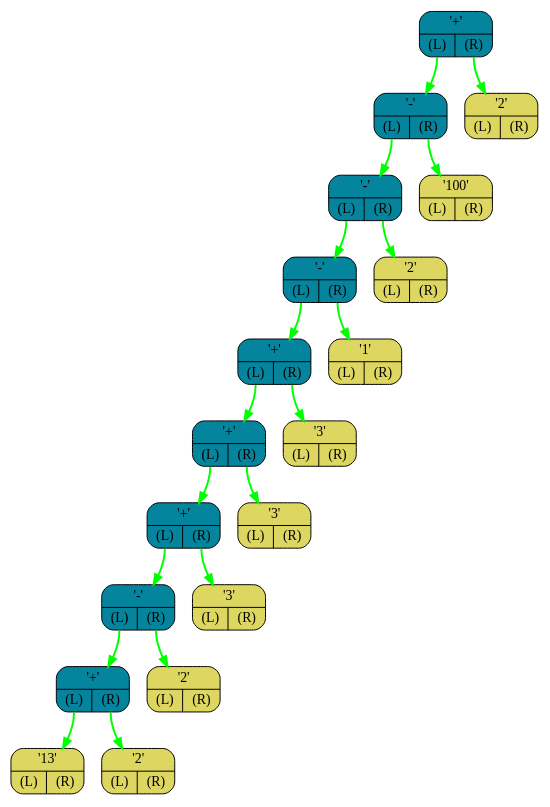
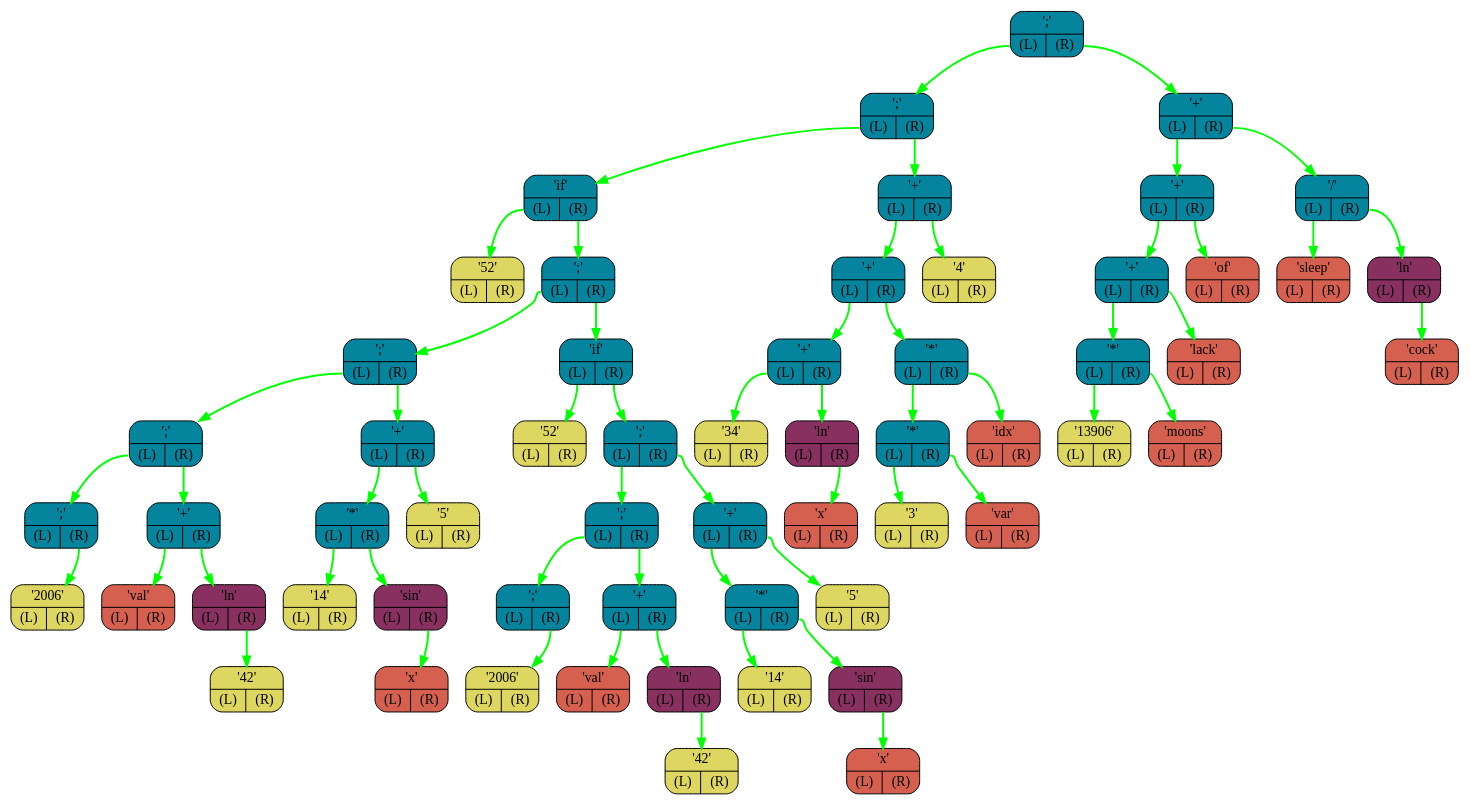
One commit to I1Va/OptimaLang changed the diagram in FrontEnd/logs/graph.dot. Above: the diagram before and after it, drawn with Graphviz. The commit also changed 24 other files, not shown here.

```diff
--- a/FrontEnd/logs/graph.dot
+++ b/FrontEnd/logs/graph.dot
@@ -1,40 +1,120 @@
 digraph G{
     rankdir=TB;
-    NODE0x7fff322189c8[shape="Mrecord",color="black",fillcolor="#04859D",style="filled",label="{'+' | {<L> (L)| <R> (R)}}"]
-    NODE0x7fff322189f0[shape="Mrecord",color="black",fillcolor="#04859D",style="filled",label="{'-' | {<L> (L)| <R> (R)}}"]
-    NODE0x7fff32218a18[shape="Mrecord",color="black",fillcolor="#04859D",style="filled",label="{'-' | {<L> (L)| <R> (R)}}"]
-    NODE0x7fff32218a40[shape="Mrecord",color="black",fillcolor="#04859D",style="filled",label="{'-' | {<L> (L)| <R> (R)}}"]
-    NODE0x7fff32218a68[shape="Mrecord",color="black",fillcolor="#04859D",style="filled",label="{'+' | {<L> (L)| <R> (R)}}"]
-    NODE0x7fff32218a90[shape="Mrecord",color="black",fillcolor="#04859D",style="filled",label="{'+' | {<L> (L)| <R> (R)}}"]
-    NODE0x7fff32218ab8[shape="Mrecord",color="black",fillcolor="#04859D",style="filled",label="{'+' | {<L> (L)| <R> (R)}}"]
-    NODE0x7fff32218ae0[shape="Mrecord",color="black",fillcolor="#04859D",style="filled",label="{'-' | {<L> (L)| <R> (R)}}"]
-    NODE0x7fff32218b08[shape="Mrecord",color="black",fillcolor="#04859D",style="filled",label="{'+' | {<L> (L)| <R> (R)}}"]
-    NODE0x7fff32218b30[shape="Mrecord",color="black",fillcolor="#ddd660",style="filled",label="{'13' | {<L> (L)| <R> (R)}}"]
-    NODE0x7fff32218b58[shape="Mrecord",color="black",fillcolor="#ddd660",style="filled",label="{'2' | {<L> (L)| <R> (R)}}"]
-    NODE0x7fff32218b80[shape="Mrecord",color="black",fillcolor="#ddd660",style="filled",label="{'2' | {<L> (L)| <R> (R)}}"]
-    NODE0x7fff32218ba8[shape="Mrecord",color="black",fillcolor="#ddd660",style="filled",label="{'3' | {<L> (L)| <R> (R)}}"]
-    NODE0x7fff32218bd0[shape="Mrecord",color="black",fillcolor="#ddd660",style="filled",label="{'3' | {<L> (L)| <R> (R)}}"]
-    NODE0x7fff32218bf8[shape="Mrecord",color="black",fillcolor="#ddd660",style="filled",label="{'3' | {<L> (L)| <R> (R)}}"]
-    NODE0x7fff32218c20[shape="Mrecord",color="black",fillcolor="#ddd660",style="filled",label="{'1' | {<L> (L)| <R> (R)}}"]
-    NODE0x7fff32218c48[shape="Mrecord",color="black",fillcolor="#ddd660",style="filled",label="{'2' | {<L> (L)| <R> (R)}}"]
-    NODE0x7fff32218c70[shape="Mrecord",color="black",fillcolor="#ddd660",style="filled",label="{'100' | {<L> (L)| <R> (R)}}"]
-    NODE0x7fff32218c98[shape="Mrecord",color="black",fillcolor="#ddd660",style="filled",label="{'2' | {<L> (L)| <R> (R)}}"]
-    NODE0x7fff32218b08:L-> NODE0x7fff32218b30 [color="#00FF00",penwidth=2,label=""]
-    NODE0x7fff32218b08:R-> NODE0x7fff32218b58 [color="#00FF00",penwidth=2,label=""]
-    NODE0x7fff32218ae0:L-> NODE0x7fff32218b08 [color="#00FF00",penwidth=2,label=""]
-    NODE0x7fff32218ae0:R-> NODE0x7fff32218b80 [color="#00FF00",penwidth=2,label=""]
-    NODE0x7fff32218ab8:L-> NODE0x7fff32218ae0 [color="#00FF00",penwidth=2,label=""]
-    NODE0x7fff32218ab8:R-> NODE0x7fff32218ba8 [color="#00FF00",penwidth=2,label=""]
-    NODE0x7fff32218a90:L-> NODE0x7fff32218ab8 [color="#00FF00",penwidth=2,label=""]
-    NODE0x7fff32218a90:R-> NODE0x7fff32218bd0 [color="#00FF00",penwidth=2,label=""]
-    NODE0x7fff32218a68:L-> NODE0x7fff32218a90 [color="#00FF00",penwidth=2,label=""]
-    NODE0x7fff32218a68:R-> NODE0x7fff32218bf8 [color="#00FF00",penwidth=2,label=""]
-    NODE0x7fff32218a40:L-> NODE0x7fff32218a68 [color="#00FF00",penwidth=2,label=""]
-    NODE0x7fff32218a40:R-> NODE0x7fff32218c20 [color="#00FF00",penwidth=2,label=""]
-    NODE0x7fff32218a18:L-> NODE0x7fff32218a40 [color="#00FF00",penwidth=2,label=""]
-    NODE0x7fff32218a18:R-> NODE0x7fff32218c48 [color="#00FF00",penwidth=2,label=""]
-    NODE0x7fff322189f0:L-> NODE0x7fff32218a18 [color="#00FF00",penwidth=2,label=""]
-    NODE0x7fff322189f0:R-> NODE0x7fff32218c70 [color="#00FF00",penwidth=2,label=""]
-    NODE0x7fff322189c8:L-> NODE0x7fff322189f0 [color="#00FF00",penwidth=2,label=""]
-    NODE0x7fff322189c8:R-> NODE0x7fff32218c98 [color="#00FF00",penwidth=2,label=""]
+    NODE0x7fff9ddb2eb8[shape="Mrecord",color="black",fillcolor="#04859D",style="filled",label="{';' | {<L> (L)| <R> (R)}}"]
+    NODE0x7fff9ddb2ee0[shape="Mrecord",color="black",fillcolor="#04859D",style="filled",label="{';' | {<L> (L)| <R> (R)}}"]
+    NODE0x7fff9ddb2f08[shape="Mrecord",color="black",fillcolor="#04859D",style="filled",label="{'if' | {<L> (L)| <R> (R)}}"]
+    NODE0x7fff9ddb2f30[shape="Mrecord",color="black",fillcolor="#ddd660",style="filled",label="{'52' | {<L> (L)| <R> (R)}}"]
+    NODE0x7fff9ddb2f58[shape="Mrecord",color="black",fillcolor="#04859D",style="filled",label="{';' | {<L> (L)| <R> (R)}}"]
+    NODE0x7fff9ddb2f80[shape="Mrecord",color="black",fillcolor="#04859D",style="filled",label="{';' | {<L> (L)| <R> (R)}}"]
+    NODE0x7fff9ddb2fa8[shape="Mrecord",color="black",fillcolor="#04859D",style="filled",label="{';' | {<L> (L)| <R> (R)}}"]
+    NODE0x7fff9ddb2fd0[shape="Mrecord",color="black",fillcolor="#04859D",style="filled",label="{';' | {<L> (L)| <R> (R)}}"]
+    NODE0x7fff9ddb2ff8[shape="Mrecord",color="black",fillcolor="#ddd660",style="filled",label="{'2006' | {<L> (L)| <R> (R)}}"]
+    NODE0x7fff9ddb3020[shape="Mrecord",color="black",fillcolor="#04859D",style="filled",label="{'+' | {<L> (L)| <R> (R)}}"]
+    NODE0x7fff9ddb3048[shape="Mrecord",color="black",fillcolor="#d56050",style="filled",label="{'val' | {<L> (L)| <R> (R)}}"]
+    NODE0x7fff9ddb3070[shape="Mrecord",color="black",fillcolor="#883060",style="filled",label="{'ln' | {<L> (L)| <R> (R)}}"]
+    NODE0x7fff9ddb3098[shape="Mrecord",color="black",fillcolor="#ddd660",style="filled",label="{'42' | {<L> (L)| <R> (R)}}"]
+    NODE0x7fff9ddb30c0[shape="Mrecord",color="black",fillcolor="#04859D",style="filled",label="{'+' | {<L> (L)| <R> (R)}}"]
+    NODE0x7fff9ddb30e8[shape="Mrecord",color="black",fillcolor="#04859D",style="filled",label="{'*' | {<L> (L)| <R> (R)}}"]
+    NODE0x7fff9ddb3110[shape="Mrecord",color="black",fillcolor="#ddd660",style="filled",label="{'14' | {<L> (L)| <R> (R)}}"]
+    NODE0x7fff9ddb3138[shape="Mrecord",color="black",fillcolor="#883060",style="filled",label="{'sin' | {<L> (L)| <R> (R)}}"]
+    NODE0x7fff9ddb3160[shape="Mrecord",color="black",fillcolor="#d56050",style="filled",label="{'x' | {<L> (L)| <R> (R)}}"]
+    NODE0x7fff9ddb3188[shape="Mrecord",color="black",fillcolor="#ddd660",style="filled",label="{'5' | {<L> (L)| <R> (R)}}"]
+    NODE0x7fff9ddb31b0[shape="Mrecord",color="black",fillcolor="#04859D",style="filled",label="{'if' | {<L> (L)| <R> (R)}}"]
+    NODE0x7fff9ddb31d8[shape="Mrecord",color="black",fillcolor="#ddd660",style="filled",label="{'52' | {<L> (L)| <R> (R)}}"]
+    NODE0x7fff9ddb3200[shape="Mrecord",color="black",fillcolor="#04859D",style="filled",label="{';' | {<L> (L)| <R> (R)}}"]
+    NODE0x7fff9ddb3228[shape="Mrecord",color="black",fillcolor="#04859D",style="filled",label="{';' | {<L> (L)| <R> (R)}}"]
+    NODE0x7fff9ddb3250[shape="Mrecord",color="black",fillcolor="#04859D",style="filled",label="{';' | {<L> (L)| <R> (R)}}"]
+    NODE0x7fff9ddb3278[shape="Mrecord",color="black",fillcolor="#ddd660",style="filled",label="{'2006' | {<L> (L)| <R> (R)}}"]
+    NODE0x7fff9ddb32a0[shape="Mrecord",color="black",fillcolor="#04859D",style="filled",label="{'+' | {<L> (L)| <R> (R)}}"]
+    NODE0x7fff9ddb32c8[shape="Mrecord",color="black",fillcolor="#d56050",style="filled",label="{'val' | {<L> (L)| <R> (R)}}"]
+    NODE0x7fff9ddb32f0[shape="Mrecord",color="black",fillcolor="#883060",style="filled",label="{'ln' | {<L> (L)| <R> (R)}}"]
+    NODE0x7fff9ddb3318[shape="Mrecord",color="black",fillcolor="#ddd660",style="filled",label="{'42' | {<L> (L)| <R> (R)}}"]
+    NODE0x7fff9ddb3340[shape="Mrecord",color="black",fillcolor="#04859D",style="filled",label="{'+' | {<L> (L)| <R> (R)}}"]
+    NODE0x7fff9ddb3368[shape="Mrecord",color="black",fillcolor="#04859D",style="filled",label="{'*' | {<L> (L)| <R> (R)}}"]
+    NODE0x7fff9ddb3390[shape="Mrecord",color="black",fillcolor="#ddd660",style="filled",label="{'14' | {<L> (L)| <R> (R)}}"]
+    NODE0x7fff9ddb33b8[shape="Mrecord",color="black",fillcolor="#883060",style="filled",label="{'sin' | {<L> (L)| <R> (R)}}"]
+    NODE0x7fff9ddb33e0[shape="Mrecord",color="black",fillcolor="#d56050",style="filled",label="{'x' | {<L> (L)| <R> (R)}}"]
+    NODE0x7fff9ddb3408[shape="Mrecord",color="black",fillcolor="#ddd660",style="filled",label="{'5' | {<L> (L)| <R> (R)}}"]
+    NODE0x7fff9ddb3430[shape="Mrecord",color="black",fillcolor="#04859D",style="filled",label="{'+' | {<L> (L)| <R> (R)}}"]
+    NODE0x7fff9ddb3458[shape="Mrecord",color="black",fillcolor="#04859D",style="filled",label="{'+' | {<L> (L)| <R> (R)}}"]
+    NODE0x7fff9ddb3480[shape="Mrecord",color="black",fillcolor="#04859D",style="filled",label="{'+' | {<L> (L)| <R> (R)}}"]
+    NODE0x7fff9ddb34a8[shape="Mrecord",color="black",fillcolor="#ddd660",style="filled",label="{'34' | {<L> (L)| <R> (R)}}"]
+    NODE0x7fff9ddb34d0[shape="Mrecord",color="black",fillcolor="#883060",style="filled",label="{'ln' | {<L> (L)| <R> (R)}}"]
+    NODE0x7fff9ddb34f8[shape="Mrecord",color="black",fillcolor="#d56050",style="filled",label="{'x' | {<L> (L)| <R> (R)}}"]
+    NODE0x7fff9ddb3520[shape="Mrecord",color="black",fillcolor="#04859D",style="filled",label="{'*' | {<L> (L)| <R> (R)}}"]
+    NODE0x7fff9ddb3548[shape="Mrecord",color="black",fillcolor="#04859D",style="filled",label="{'*' | {<L> (L)| <R> (R)}}"]
+    NODE0x7fff9ddb3570[shape="Mrecord",color="black",fillcolor="#ddd660",style="filled",label="{'3' | {<L> (L)| <R> (R)}}"]
+    NODE0x7fff9ddb3598[shape="Mrecord",color="black",fillcolor="#d56050",style="filled",label="{'var' | {<L> (L)| <R> (R)}}"]
+    NODE0x7fff9ddb35c0[shape="Mrecord",color="black",fillcolor="#d56050",style="filled",label="{'idx' | {<L> (L)| <R> (R)}}"]
+    NODE0x7fff9ddb35e8[shape="Mrecord",color="black",fillcolor="#ddd660",style="filled",label="{'4' | {<L> (L)| <R> (R)}}"]
+    NODE0x7fff9ddb3610[shape="Mrecord",color="black",fillcolor="#04859D",style="filled",label="{'+' | {<L> (L)| <R> (R)}}"]
+    NODE0x7fff9ddb3638[shape="Mrecord",color="black",fillcolor="#04859D",style="filled",label="{'+' | {<L> (L)| <R> (R)}}"]
+    NODE0x7fff9ddb3660[shape="Mrecord",color="black",fillcolor="#04859D",style="filled",label="{'+' | {<L> (L)| <R> (R)}}"]
+    NODE0x7fff9ddb3688[shape="Mrecord",color="black",fillcolor="#04859D",style="filled",label="{'*' | {<L> (L)| <R> (R)}}"]
+    NODE0x7fff9ddb36b0[shape="Mrecord",color="black",fillcolor="#ddd660",style="filled",label="{'13906' | {<L> (L)| <R> (R)}}"]
+    NODE0x7fff9ddb36d8[shape="Mrecord",color="black",fillcolor="#d56050",style="filled",label="{'moons' | {<L> (L)| <R> (R)}}"]
+    NODE0x7fff9ddb3700[shape="Mrecord",color="black",fillcolor="#d56050",style="filled",label="{'lack' | {<L> (L)| <R> (R)}}"]
+    NODE0x7fff9ddb3728[shape="Mrecord",color="black",fillcolor="#d56050",style="filled",label="{'of' | {<L> (L)| <R> (R)}}"]
+    NODE0x7fff9ddb3750[shape="Mrecord",color="black",fillcolor="#04859D",style="filled",label="{'/' | {<L> (L)| <R> (R)}}"]
+    NODE0x7fff9ddb3778[shape="Mrecord",color="black",fillcolor="#d56050",style="filled",label="{'sleep' | {<L> (L)| <R> (R)}}"]
+    NODE0x7fff9ddb37a0[shape="Mrecord",color="black",fillcolor="#883060",style="filled",label="{'ln' | {<L> (L)| <R> (R)}}"]
+    NODE0x7fff9ddb37c8[shape="Mrecord",color="black",fillcolor="#d56050",style="filled",label="{'cock' | {<L> (L)| <R> (R)}}"]
+    NODE0x7fff9ddb2fd0:R-> NODE0x7fff9ddb2ff8 [color="#00FF00",penwidth=2,label=""]
+    NODE0x7fff9ddb3070:R-> NODE0x7fff9ddb3098 [color="#00FF00",penwidth=2,label=""]
+    NODE0x7fff9ddb3020:L-> NODE0x7fff9ddb3048 [color="#00FF00",penwidth=2,label=""]
+    NODE0x7fff9ddb3020:R-> NODE0x7fff9ddb3070 [color="#00FF00",penwidth=2,label=""]
+    NODE0x7fff9ddb2fa8:L-> NODE0x7fff9ddb2fd0 [color="#00FF00",penwidth=2,label=""]
+    NODE0x7fff9ddb2fa8:R-> NODE0x7fff9ddb3020 [color="#00FF00",penwidth=2,label=""]
+    NODE0x7fff9ddb3138:R-> NODE0x7fff9ddb3160 [color="#00FF00",penwidth=2,label=""]
+    NODE0x7fff9ddb30e8:L-> NODE0x7fff9ddb3110 [color="#00FF00",penwidth=2,label=""]
+    NODE0x7fff9ddb30e8:R-> NODE0x7fff9ddb3138 [color="#00FF00",penwidth=2,label=""]
+    NODE0x7fff9ddb30c0:L-> NODE0x7fff9ddb30e8 [color="#00FF00",penwidth=2,label=""]
+    NODE0x7fff9ddb30c0:R-> NODE0x7fff9ddb3188 [color="#00FF00",penwidth=2,label=""]
+    NODE0x7fff9ddb2f80:L-> NODE0x7fff9ddb2fa8 [color="#00FF00",penwidth=2,label=""]
+    NODE0x7fff9ddb2f80:R-> NODE0x7fff9ddb30c0 [color="#00FF00",penwidth=2,label=""]
+    NODE0x7fff9ddb3250:R-> NODE0x7fff9ddb3278 [color="#00FF00",penwidth=2,label=""]
+    NODE0x7fff9ddb32f0:R-> NODE0x7fff9ddb3318 [color="#00FF00",penwidth=2,label=""]
+    NODE0x7fff9ddb32a0:L-> NODE0x7fff9ddb32c8 [color="#00FF00",penwidth=2,label=""]
+    NODE0x7fff9ddb32a0:R-> NODE0x7fff9ddb32f0 [color="#00FF00",penwidth=2,label=""]
+    NODE0x7fff9ddb3228:L-> NODE0x7fff9ddb3250 [color="#00FF00",penwidth=2,label=""]
+    NODE0x7fff9ddb3228:R-> NODE0x7fff9ddb32a0 [color="#00FF00",penwidth=2,label=""]
+    NODE0x7fff9ddb33b8:R-> NODE0x7fff9ddb33e0 [color="#00FF00",penwidth=2,label=""]
+    NODE0x7fff9ddb3368:L-> NODE0x7fff9ddb3390 [color="#00FF00",penwidth=2,label=""]
+    NODE0x7fff9ddb3368:R-> NODE0x7fff9ddb33b8 [color="#00FF00",penwidth=2,label=""]
+    NODE0x7fff9ddb3340:L-> NODE0x7fff9ddb3368 [color="#00FF00",penwidth=2,label=""]
+    NODE0x7fff9ddb3340:R-> NODE0x7fff9ddb3408 [color="#00FF00",penwidth=2,label=""]
+    NODE0x7fff9ddb3200:L-> NODE0x7fff9ddb3228 [color="#00FF00",penwidth=2,label=""]
+    NODE0x7fff9ddb3200:R-> NODE0x7fff9ddb3340 [color="#00FF00",penwidth=2,label=""]
+    NODE0x7fff9ddb31b0:L-> NODE0x7fff9ddb31d8 [color="#00FF00",penwidth=2,label=""]
+    NODE0x7fff9ddb31b0:R-> NODE0x7fff9ddb3200 [color="#00FF00",penwidth=2,label=""]
+    NODE0x7fff9ddb2f58:L-> NODE0x7fff9ddb2f80 [color="#00FF00",penwidth=2,label=""]
+    NODE0x7fff9ddb2f58:R-> NODE0x7fff9ddb31b0 [color="#00FF00",penwidth=2,label=""]
+    NODE0x7fff9ddb2f08:L-> NODE0x7fff9ddb2f30 [color="#00FF00",penwidth=2,label=""]
+    NODE0x7fff9ddb2f08:R-> NODE0x7fff9ddb2f58 [color="#00FF00",penwidth=2,label=""]
+    NODE0x7fff9ddb34d0:R-> NODE0x7fff9ddb34f8 [color="#00FF00",penwidth=2,label=""]
+    NODE0x7fff9ddb3480:L-> NODE0x7fff9ddb34a8 [color="#00FF00",penwidth=2,label=""]
+    NODE0x7fff9ddb3480:R-> NODE0x7fff9ddb34d0 [color="#00FF00",penwidth=2,label=""]
+    NODE0x7fff9ddb3548:L-> NODE0x7fff9ddb3570 [color="#00FF00",penwidth=2,label=""]
+    NODE0x7fff9ddb3548:R-> NODE0x7fff9ddb3598 [color="#00FF00",penwidth=2,label=""]
+    NODE0x7fff9ddb3520:L-> NODE0x7fff9ddb3548 [color="#00FF00",penwidth=2,label=""]
+    NODE0x7fff9ddb3520:R-> NODE0x7fff9ddb35c0 [color="#00FF00",penwidth=2,label=""]
+    NODE0x7fff9ddb3458:L-> NODE0x7fff9ddb3480 [color="#00FF00",penwidth=2,label=""]
+    NODE0x7fff9ddb3458:R-> NODE0x7fff9ddb3520 [color="#00FF00",penwidth=2,label=""]
+    NODE0x7fff9ddb3430:L-> NODE0x7fff9ddb3458 [color="#00FF00",penwidth=2,label=""]
+    NODE0x7fff9ddb3430:R-> NODE0x7fff9ddb35e8 [color="#00FF00",penwidth=2,label=""]
+    NODE0x7fff9ddb2ee0:L-> NODE0x7fff9ddb2f08 [color="#00FF00",penwidth=2,label=""]
+    NODE0x7fff9ddb2ee0:R-> NODE0x7fff9ddb3430 [color="#00FF00",penwidth=2,label=""]
+    NODE0x7fff9ddb3688:L-> NODE0x7fff9ddb36b0 [color="#00FF00",penwidth=2,label=""]
+    NODE0x7fff9ddb3688:R-> NODE0x7fff9ddb36d8 [color="#00FF00",penwidth=2,label=""]
+    NODE0x7fff9ddb3660:L-> NODE0x7fff9ddb3688 [color="#00FF00",penwidth=2,label=""]
+    NODE0x7fff9ddb3660:R-> NODE0x7fff9ddb3700 [color="#00FF00",penwidth=2,label=""]
+    NODE0x7fff9ddb3638:L-> NODE0x7fff9ddb3660 [color="#00FF00",penwidth=2,label=""]
+    NODE0x7fff9ddb3638:R-> NODE0x7fff9ddb3728 [color="#00FF00",penwidth=2,label=""]
+    NODE0x7fff9ddb37a0:R-> NODE0x7fff9ddb37c8 [color="#00FF00",penwidth=2,label=""]
+    NODE0x7fff9ddb3750:L-> NODE0x7fff9ddb3778 [color="#00FF00",penwidth=2,label=""]
+    NODE0x7fff9ddb3750:R-> NODE0x7fff9ddb37a0 [color="#00FF00",penwidth=2,label=""]
+    NODE0x7fff9ddb3610:L-> NODE0x7fff9ddb3638 [color="#00FF00",penwidth=2,label=""]
+    NODE0x7fff9ddb3610:R-> NODE0x7fff9ddb3750 [color="#00FF00",penwidth=2,label=""]
+    NODE0x7fff9ddb2eb8:L-> NODE0x7fff9ddb2ee0 [color="#00FF00",penwidth=2,label=""]
+    NODE0x7fff9ddb2eb8:R-> NODE0x7fff9ddb3610 [color="#00FF00",penwidth=2,label=""]
 }
```
